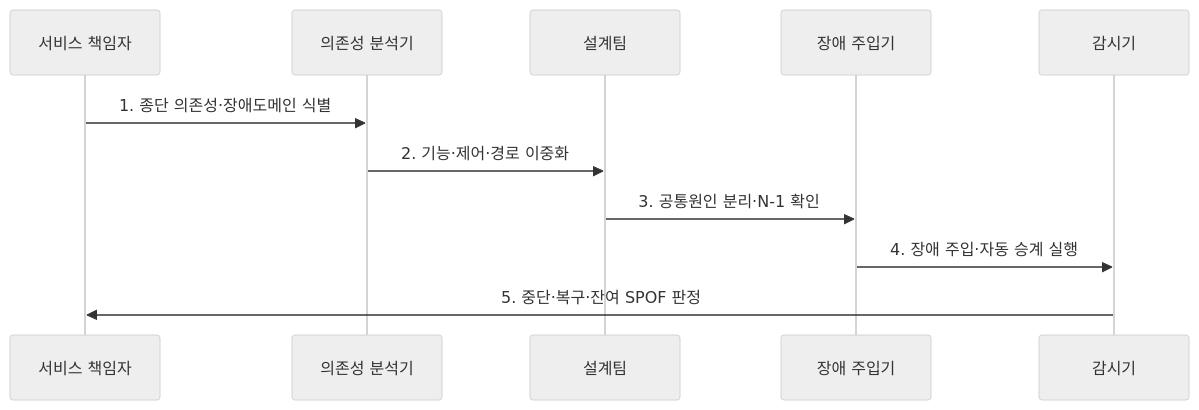
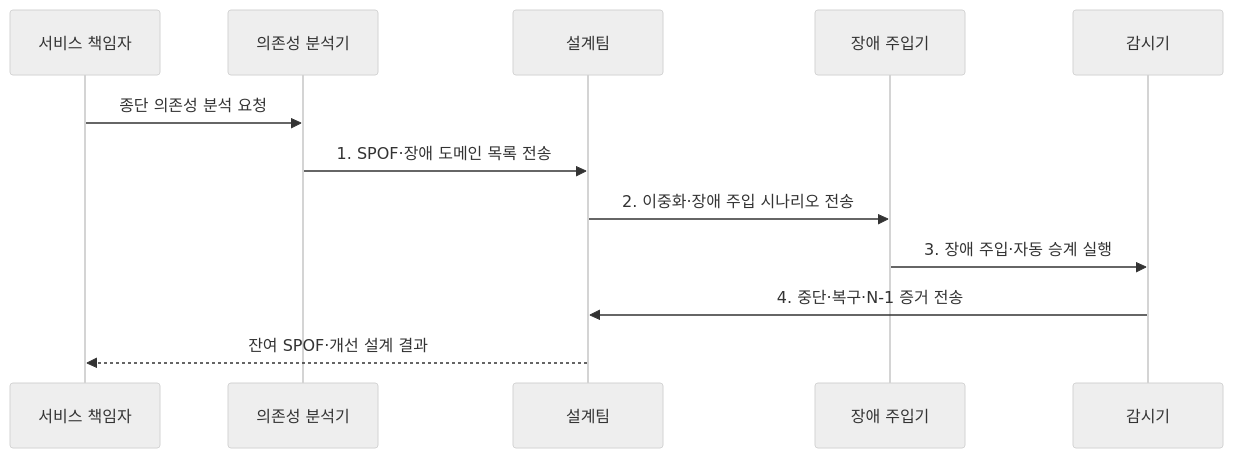
One commit to agnusdei1207/knowledge-base changed the second of 2 diagrams in src/content/docs/notes/06-evaluation/018_spof_elimination.md. Above: the diagram before and after it, drawn with Mermaid (neutral theme). The commit also changed other lines of this file and 20 other files, not shown here.

````diff
--- a/src/content/docs/notes/06-evaluation/018_spof_elimination.md
+++ b/src/content/docs/notes/06-evaluation/018_spof_elimination.md
@@ -90,13 +90,14 @@
 ```mermaid
 sequenceDiagram
   participant O as 서비스 책임자
   participant A as 의존성 분석기
   participant D as 설계팀
   participant C as 장애 주입기
   participant M as 감시기
-  O->>A: 1. 종단 의존성·장애도메인 식별
-  A->>D: 2. 기능·제어·경로 이중화
-  D->>C: 3. 공통원인 분리·N-1 확인
-  C->>M: 4. 장애 주입·자동 승계 실행
-  M->>O: 5. 중단·복구·잔여 SPOF 판정
+  O->>A: 종단 의존성 분석 요청
+  A->>D: 1. SPOF·장애 도메인 목록 전송
+  D->>C: 2. 이중화·장애 주입 시나리오 전송
+  C->>M: 3. 장애 주입·자동 승계 실행
+  M->>D: 4. 중단·복구·N-1 증거 전송
+  D-->>O: 잔여 SPOF·개선 설계 결과
 ```
````
